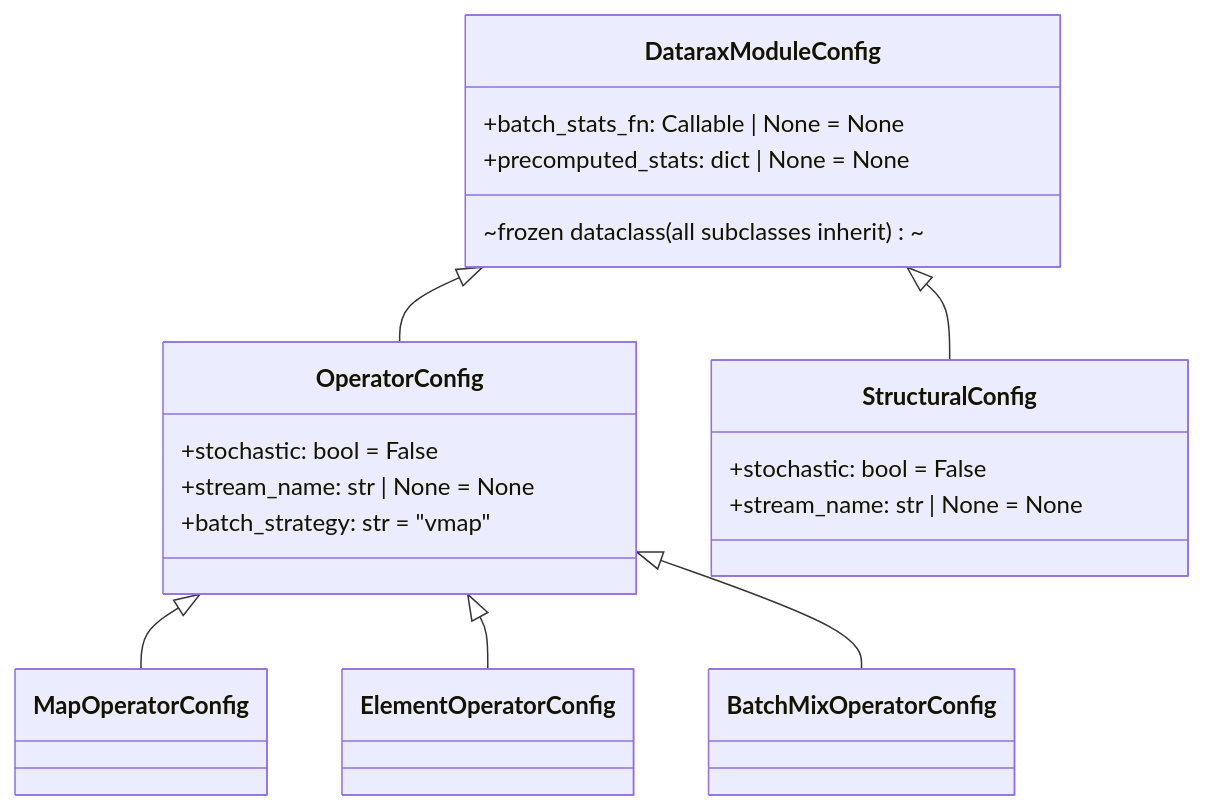
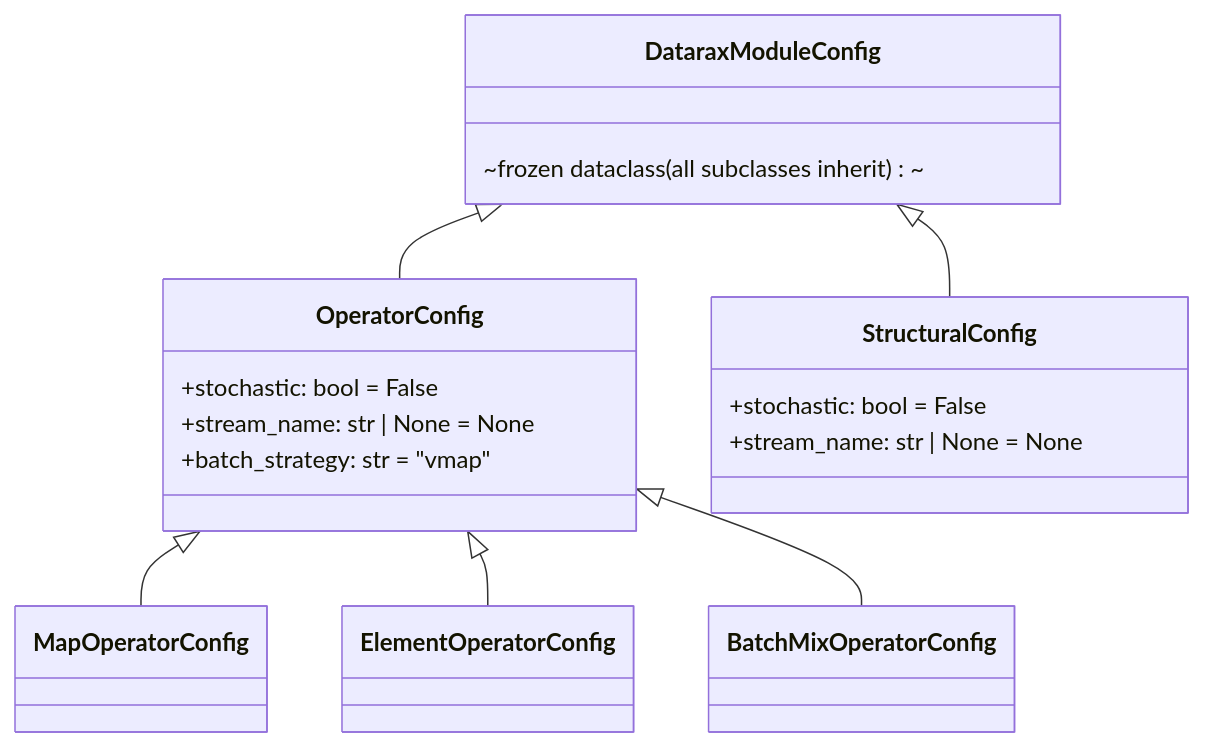
The diagram in docs/examples/quick-reference/config-reference.md (avitai/datarax), drawn with Mermaid before and after one commit. The commit also changed other lines of this file and 21 other files, not shown here.

````diff
--- a/docs/examples/quick-reference/config-reference.md
+++ b/docs/examples/quick-reference/config-reference.md
@@ -7,23 +7,21 @@
 ```mermaid
 classDiagram
     DataraxModuleConfig <|-- OperatorConfig
     DataraxModuleConfig <|-- StructuralConfig
     OperatorConfig <|-- MapOperatorConfig
     OperatorConfig <|-- ElementOperatorConfig
     OperatorConfig <|-- BatchMixOperatorConfig
 
     class DataraxModuleConfig {
-        +batch_stats_fn: Callable | None = None
-        +precomputed_stats: dict | None = None
         ~frozen dataclass (all subclasses inherit)~
     }
     class OperatorConfig {
         +stochastic: bool = False
         +stream_name: str | None = None
         +batch_strategy: str = "vmap"
     }
     class StructuralConfig {
         +stochastic: bool = False
         +stream_name: str | None = None
     }
 ```
````
